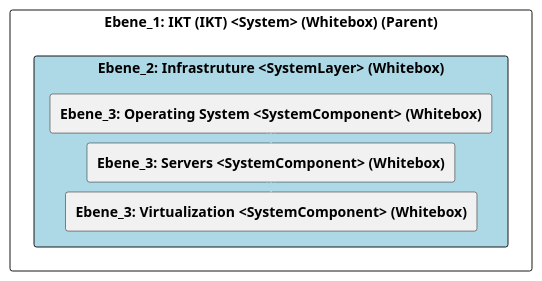
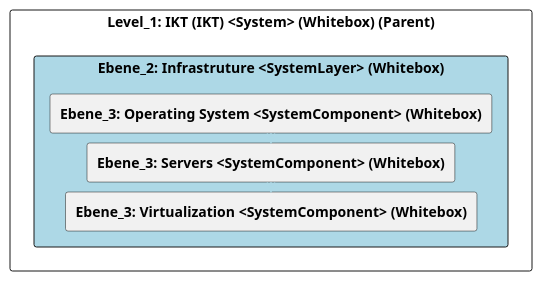
One commit to marcozwyssig/cleon changed the diagram in src/cleon.architecturemethods.arc42.sample/doc/cleon_architecturemethods_arc42_sample_system/adoc/de/05_bausteinsicht/ikt/infrastruture/ebene_2_infrastruture.adoc. Above: the diagram before and after it, drawn with PlantUML. The commit also changed other lines of this file and 169 other files, not shown here.

```diff
--- a/src/cleon.architecturemethods.arc42.sample/doc/cleon_architecturemethods_arc42_sample_system/adoc/de/05_bausteinsicht/ikt/infrastruture/ebene_2_infrastruture.adoc
+++ b/src/cleon.architecturemethods.arc42.sample/doc/cleon_architecturemethods_arc42_sample_system/adoc/de/05_bausteinsicht/ikt/infrastruture/ebene_2_infrastruture.adoc
@@ -20,30 +20,30 @@
 [plantuml, Ebene_2: Infrastruture <SystemLayer> (Whitebox)BlockOverview, format="svg"]
 ----
 @startuml Ebene_2: Infrastruture <SystemLayer> (Whitebox)BuildingBlockOverview
 
 skinparam ranksep 10
 skinparam componentStyle rectangle
 skinparam shadowing false
 skinparam arrowColor lightblue
 skinparam arrowThickness 1.2
 skinparam rectangle {
   BackgroundColor White
   BorderColor #333
   RoundCorner 10
 }
 top to bottom direction
 
-component "Ebene_1: IKT (IKT) <System> (Whitebox) (Parent)" {
+component "Level_1: IKT (IKT) <System> (Whitebox) (Parent)" {
     component "Ebene_2: Infrastruture <SystemLayer> (Whitebox)" #lightblue {
         [**Ebene_3: Operating System <SystemComponent> (Whitebox)**] as 07FC9046_BEE7_11EF_8DCB_A78DEF9EA3BD
         [**Ebene_3: Servers <SystemComponent> (Whitebox)**] as 42DB7E7F_BEDF_11EF_B498_058EE446F8E7
         [**Ebene_3: Virtualization <SystemComponent> (Whitebox)**] as 483100CA_BEDF_11EF_B498_058EE446F8E7
     }
 
     07FC9046_BEE7_11EF_8DCB_A78DEF9EA3BD -down-> 42DB7E7F_BEDF_11EF_B498_058EE446F8E7
     42DB7E7F_BEDF_11EF_B498_058EE446F8E7 -down-> 483100CA_BEDF_11EF_B498_058EE446F8E7
     
 }
 
 @enduml
 ----
```
